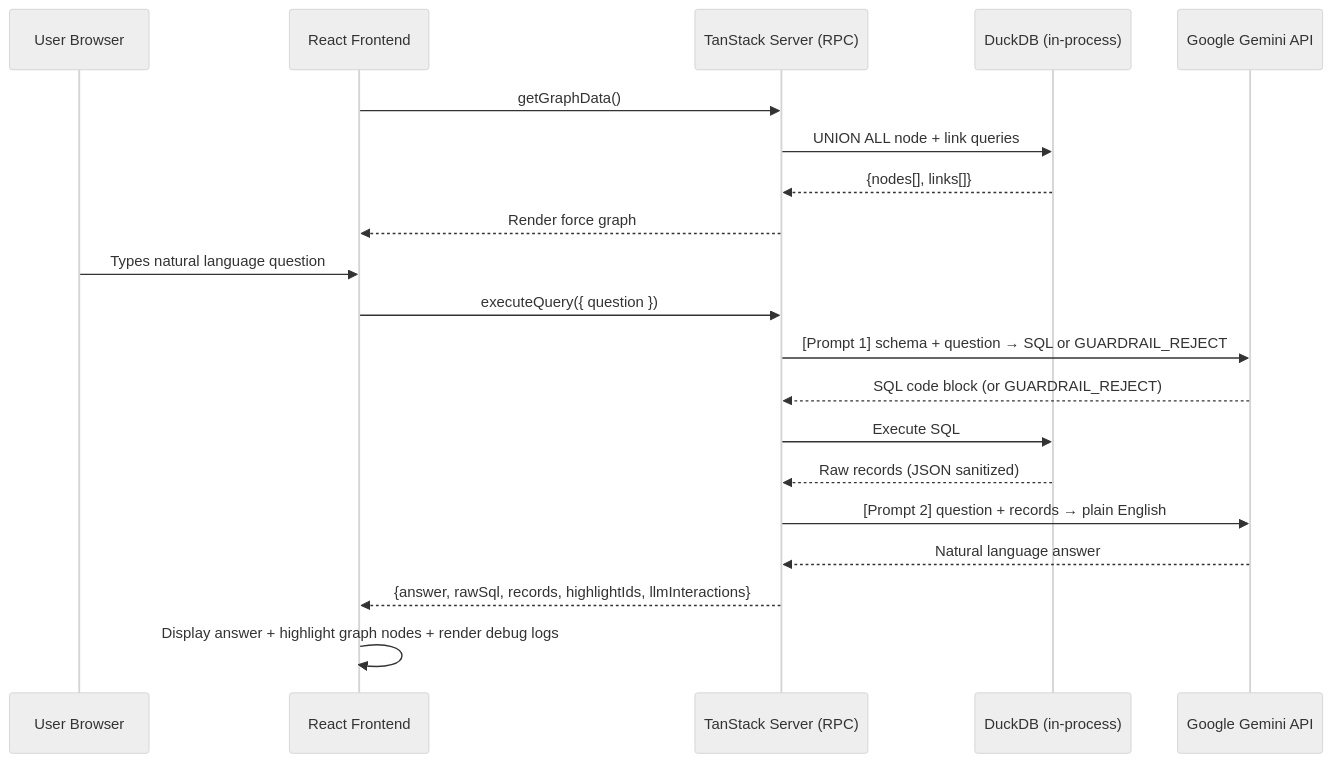
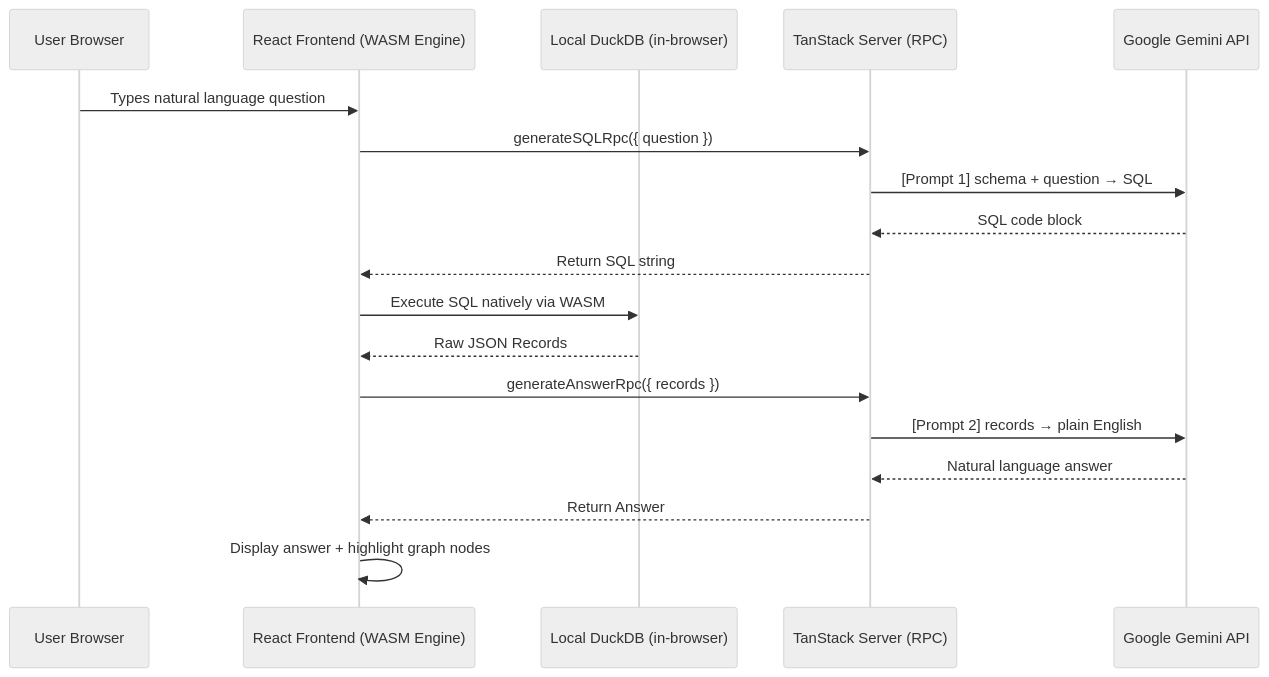
The first of 3 diagrams in README.md (imxade/o2c-graph), drawn with Mermaid (neutral theme) before and after one commit. The commit also changed other lines of this file and 59 other files, not shown here.

Commit message:
Switched to DuckDB WASM for serverless deployment (#1)

````diff
--- a/README.md
+++ b/README.md
@@ -103,24 +107,21 @@
 ```mermaid
 sequenceDiagram
     participant U as User Browser
-    participant FE as React Frontend
+    participant FE as React Frontend (WASM Engine)
+    participant DB as Local DuckDB (in-browser)
     participant S as TanStack Server (RPC)
-    participant DB as DuckDB (in-process)
     participant LLM as Google Gemini API
 
-    FE->>S: getGraphData()
-    S->>DB: UNION ALL node + link queries
-    DB-->>S: {nodes[], links[]}
-    S-->>FE: Render force graph
-
     U->>FE: Types natural language question
-    FE->>S: executeQuery({ question })
-    S->>LLM: [Prompt 1] schema + question → SQL or GUARDRAIL_REJECT
-    LLM-->>S: SQL code block (or GUARDRAIL_REJECT)
-    S->>DB: Execute SQL
-    DB-->>S: Raw records (JSON sanitized)
-    S->>LLM: [Prompt 2] question + records → plain English
+    FE->>S: generateSQLRpc({ question })
+    S->>LLM: [Prompt 1] schema + question → SQL
+    LLM-->>S: SQL code block
+    S-->>FE: Return SQL string
+    FE->>DB: Execute SQL natively via WASM
+    DB-->>FE: Raw JSON Records
+    FE->>S: generateAnswerRpc({ records })
+    S->>LLM: [Prompt 2] records → plain English
     LLM-->>S: Natural language answer
-    S-->>FE: {answer, rawSql, records, highlightIds, llmInteractions}
-    FE->>FE: Display answer + highlight graph nodes + render debug logs
+    S-->>FE: Return Answer
+    FE->>FE: Display answer + highlight graph nodes
 ```
````
